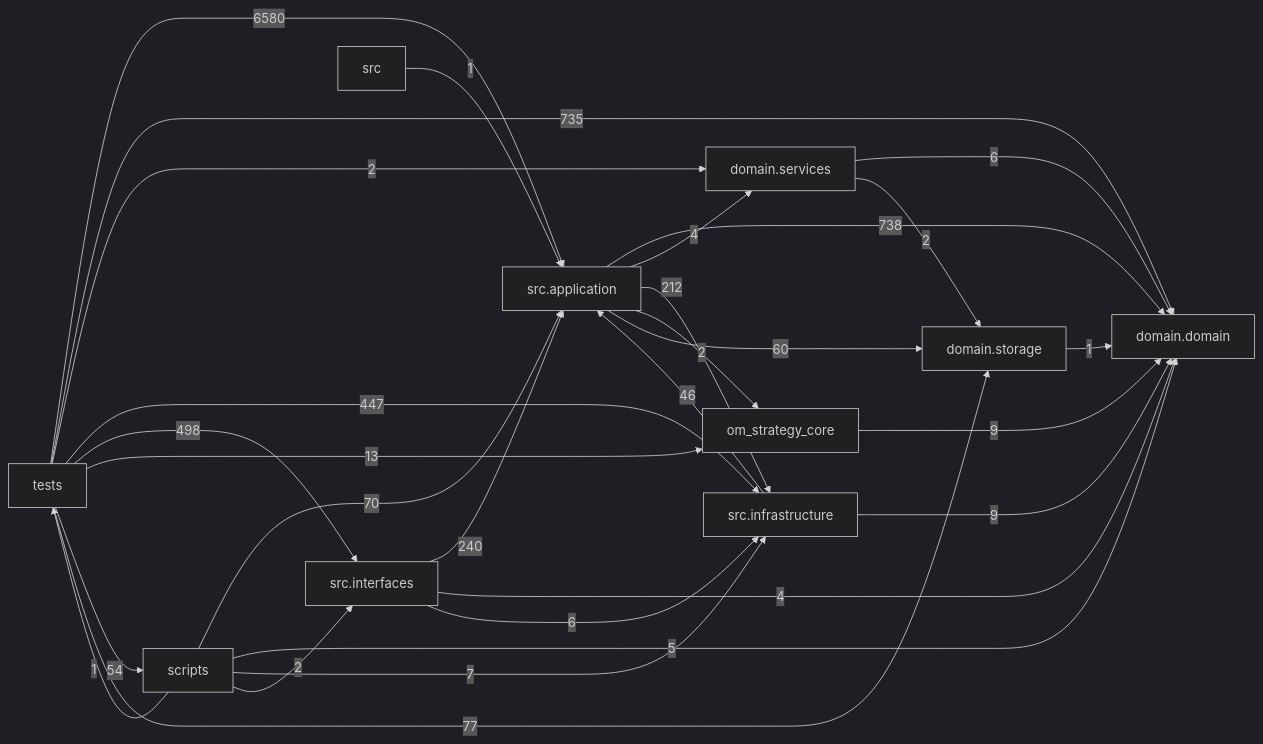
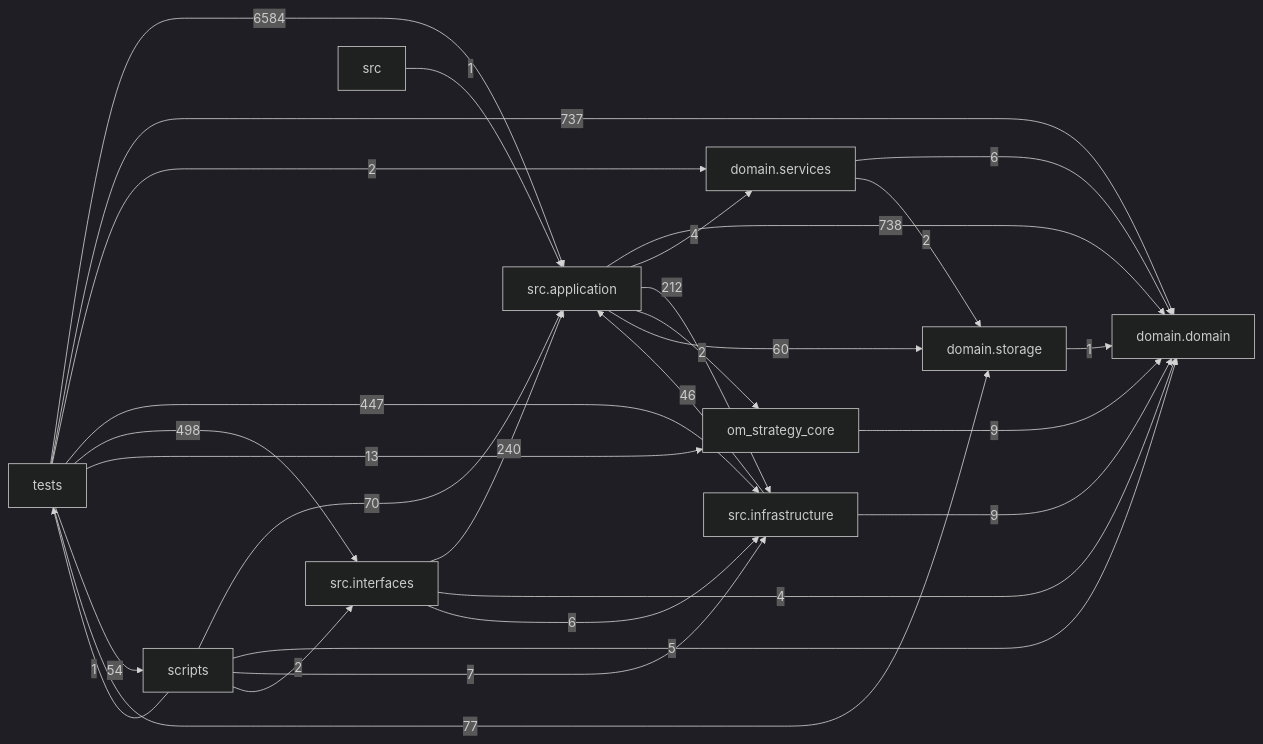
The diagram in docs/DEPENDENCY_GRAPH.md (liuxie066/options-monitor), drawn with Mermaid (dark theme) before and after one commit. The commit also changed other lines of this file and 2 other files, not shown here.

````diff
--- a/docs/DEPENDENCY_GRAPH.md
+++ b/docs/DEPENDENCY_GRAPH.md
@@ -24,39 +24,39 @@
 ```mermaid
 flowchart LR
   tests["tests"]
   scripts["scripts"]
   interfaces["src.interfaces"]
   application["src.application"]
   infrastructure["src.infrastructure"]
   domain_services["domain.services"]
   domain["domain.domain"]
   storage["domain.storage"]
   application -->|738| domain
   application -->|4| domain_services
   application -->|212| infrastructure
   application -->|2| om_strategy_core
   application -->|60| storage
   domain_services -->|6| domain
   domain_services -->|2| storage
   infrastructure -->|46| application
   infrastructure -->|9| domain
   interfaces -->|240| application
   interfaces -->|4| domain
   interfaces -->|6| infrastructure
   om_strategy_core -->|9| domain
   scripts -->|70| application
   scripts -->|5| domain
   scripts -->|7| infrastructure
   scripts -->|2| interfaces
   scripts -->|1| tests
   src -->|1| application
   storage -->|1| domain
-  tests -->|6580| application
-  tests -->|735| domain
+  tests -->|6584| application
+  tests -->|737| domain
   tests -->|2| domain_services
   tests -->|447| infrastructure
   tests -->|498| interfaces
   tests -->|13| om_strategy_core
   tests -->|54| scripts
   tests -->|77| storage
 ```
````
